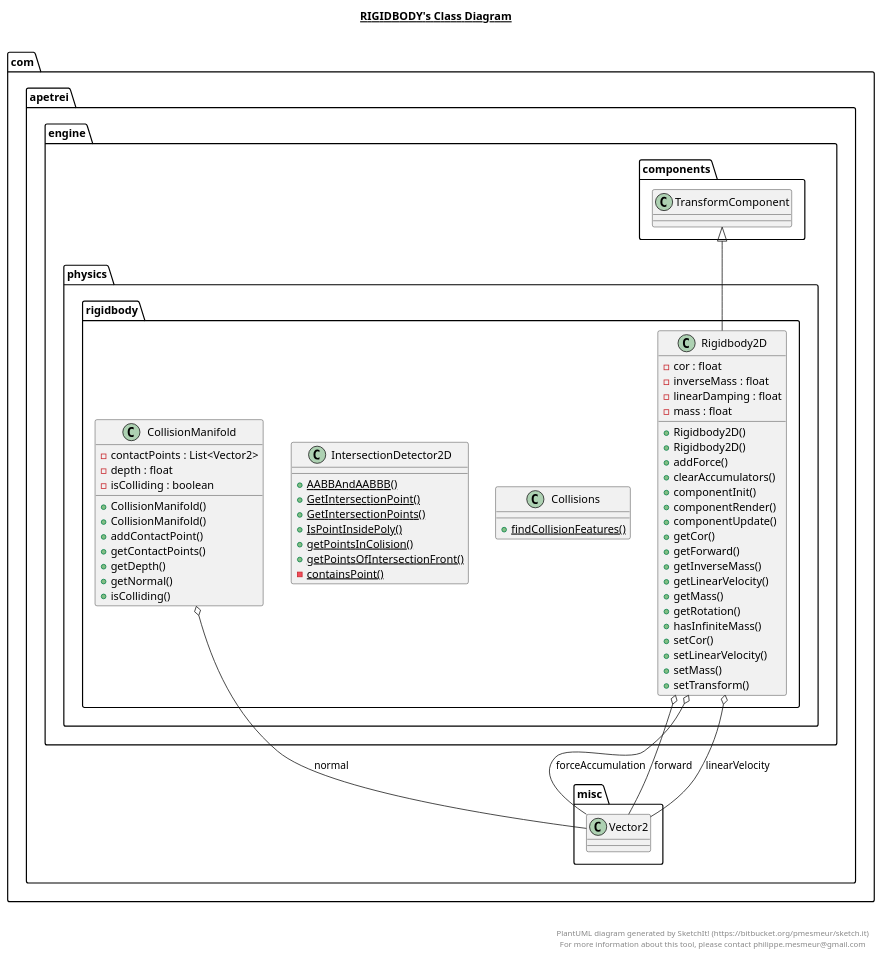
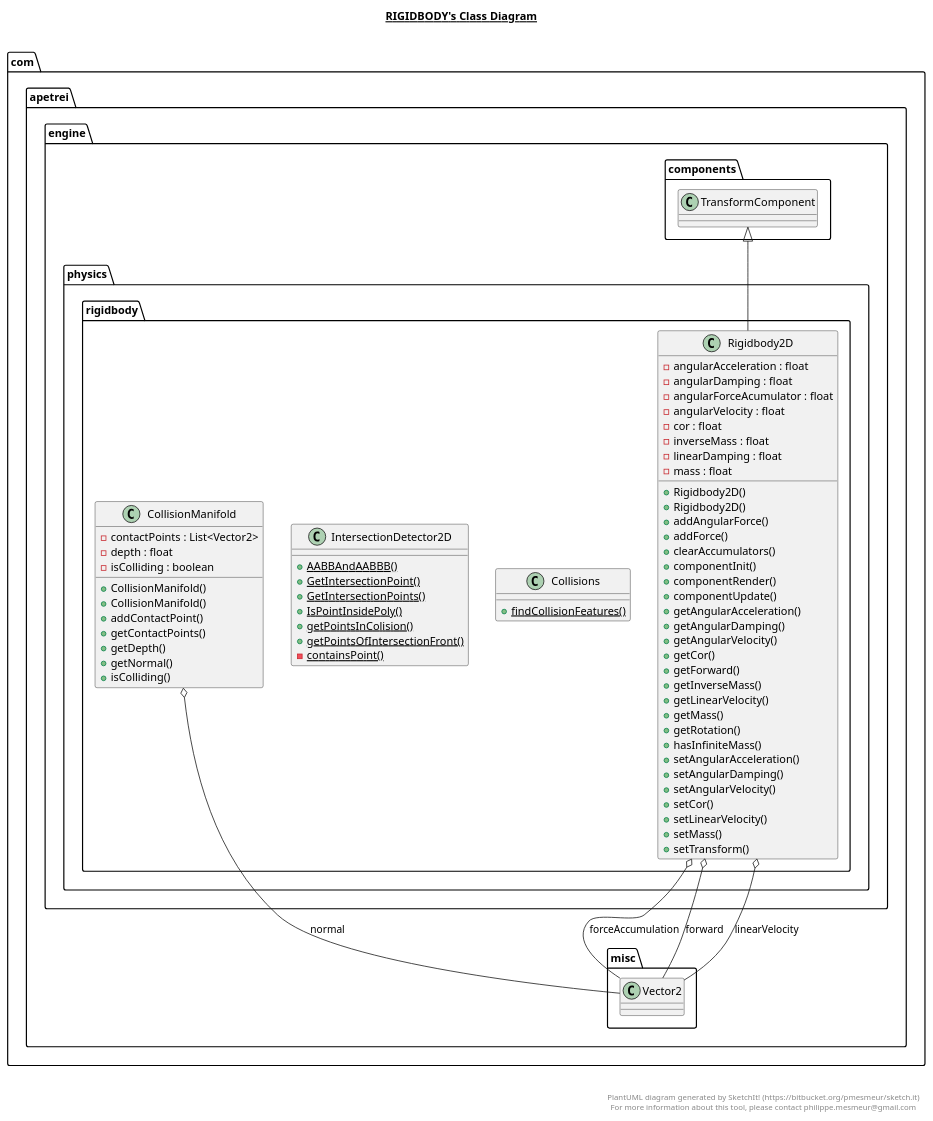
Before and after one commit to TheWiseWolfy/Wild-Sky: the diagram in src/com/apetrei/engine/physics/rigidbody/rigidbody.plantuml, drawn with PlantUML. The commit also changed 38 other files, not shown here.

```diff
--- a/src/com/apetrei/engine/physics/rigidbody/rigidbody.plantuml
+++ b/src/com/apetrei/engine/physics/rigidbody/rigidbody.plantuml
@@ -1,99 +1,110 @@
 @startuml
 
 title __RIGIDBODY's Class Diagram__\n
 
   namespace com.apetrei.engine {
     namespace physics {
       namespace rigidbody {
         class com.apetrei.engine.physics.rigidbody.CollisionManifold {
             - contactPoints : List<Vector2>
             - depth : float
             - isColliding : boolean
             + CollisionManifold()
             + CollisionManifold()
             + addContactPoint()
             + getContactPoints()
             + getDepth()
             + getNormal()
             + isColliding()
         }
       }
     }
   }
   
 
   namespace com.apetrei.engine {
     namespace physics {
       namespace rigidbody {
         class com.apetrei.engine.physics.rigidbody.Collisions {
             {static} + findCollisionFeatures()
         }
       }
     }
   }
   
 
   namespace com.apetrei.engine {
     namespace physics {
       namespace rigidbody {
         class com.apetrei.engine.physics.rigidbody.IntersectionDetector2D {
             {static} + AABBAndAABBB()
             {static} + GetIntersectionPoint()
             {static} + GetIntersectionPoints()
             {static} + IsPointInsidePoly()
             {static} + getPointsInColision()
             {static} + getPointsOfIntersectionFront()
             {static} - containsPoint()
         }
       }
     }
   }
   
 
   namespace com.apetrei.engine {
     namespace physics {
       namespace rigidbody {
         class com.apetrei.engine.physics.rigidbody.Rigidbody2D {
+            - angularAcceleration : float
+            - angularDamping : float
+            - angularForceAcumulator : float
+            - angularVelocity : float
             - cor : float
             - inverseMass : float
             - linearDamping : float
             - mass : float
             + Rigidbody2D()
             + Rigidbody2D()
+            + addAngularForce()
             + addForce()
             + clearAccumulators()
             + componentInit()
             + componentRender()
             + componentUpdate()
+            + getAngularAcceleration()
+            + getAngularDamping()
+            + getAngularVelocity()
             + getCor()
             + getForward()
             + getInverseMass()
             + getLinearVelocity()
             + getMass()
             + getRotation()
             + hasInfiniteMass()
+            + setAngularAcceleration()
+            + setAngularDamping()
+            + setAngularVelocity()
             + setCor()
             + setLinearVelocity()
             + setMass()
             + setTransform()
         }
       }
     }
   }
   
 
   com.apetrei.engine.physics.rigidbody.CollisionManifold o-- com.apetrei.misc.Vector2 : normal
   com.apetrei.engine.physics.rigidbody.Rigidbody2D -up-|> com.apetrei.engine.components.TransformComponent
   com.apetrei.engine.physics.rigidbody.Rigidbody2D o-- com.apetrei.misc.Vector2 : forceAccumulation
   com.apetrei.engine.physics.rigidbody.Rigidbody2D o-- com.apetrei.misc.Vector2 : forward
   com.apetrei.engine.physics.rigidbody.Rigidbody2D o-- com.apetrei.misc.Vector2 : linearVelocity
 
 
 right footer
 
 
 PlantUML diagram generated by SketchIt! (https://bitbucket.org/pmesmeur/sketch.it)
 For more information about this tool, please contact philippe.mesmeur@gmail.com
 endfooter
 
 @enduml
```
